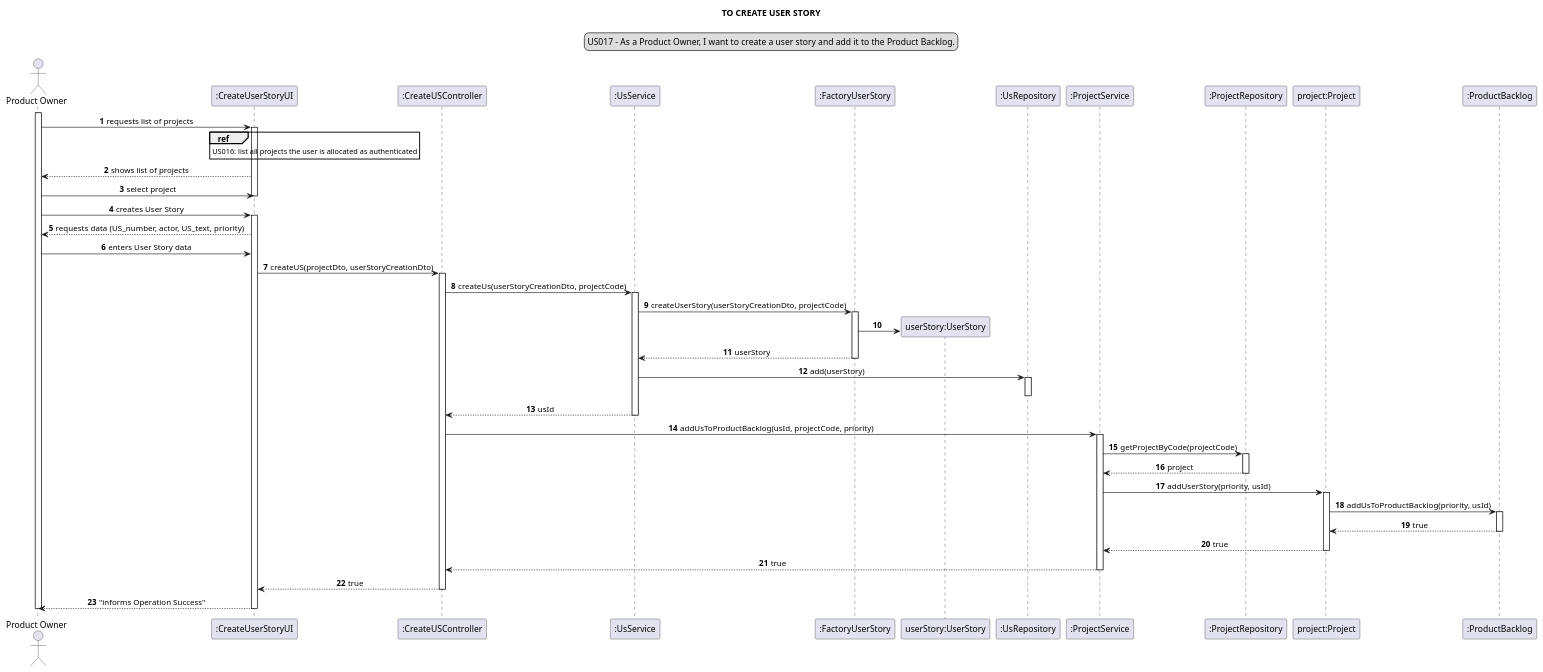
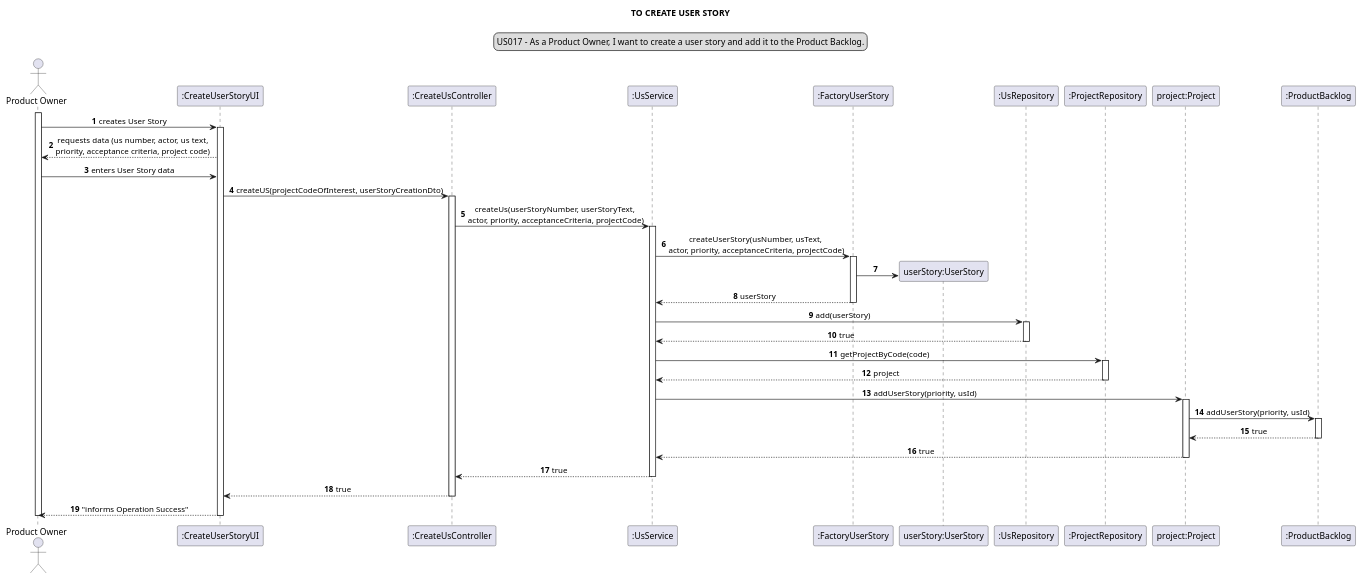
The diagram in docs/modelling_design/user_stories/sprint03/us017/US017_sequenceDiagram.puml (Loracline/project_switch_22-23), drawn with PlantUML before and after one commit. The commit also changed 1 other file, not shown here.

Commit message:
US017: Design: Updated sequence and class diagrams, closes #235

```diff
--- a/docs/modelling_design/user_stories/sprint03/us017/US017_sequenceDiagram.puml
+++ b/docs/modelling_design/user_stories/sprint03/us017/US017_sequenceDiagram.puml
@@ -1,72 +1,61 @@
 @startuml
 skinparam sequenceMessageAlign center
 title TO CREATE USER STORY
 legend top
 US017 - As a Product Owner, I want to create a user story and add it to the Product Backlog.
 end legend
 autonumber
 actor "Product Owner" as product
 participant ":CreateUserStoryUI" as ui
-participant ":CreateUSController" as controller
+participant ":CreateUsController" as controller
 participant ":UsService" as service
 participant ":FactoryUserStory" as factory
 participant "userStory:UserStory" as userStory
 participant ":UsRepository" as usrep
-participant ":ProjectService" as pservice
 participant ":ProjectRepository" as pr
 participant "project:Project" as project
 participant ":ProductBacklog" as pbacklog
 
 
 
 activate product
-product -> ui : requests list of projects
-activate ui
-ref over ui: US016: list all projects the user is allocated as authenticated
-ui --> product: shows list of projects
-product -> ui : select project
-deactivate ui
 product -> ui : creates User Story
 activate ui
-ui --> product: requests data (US_number, actor, US_text, priority)
+ui --> product: requests data (us number, actor, us text,\npriority, acceptance criteria, project code)
 product -> ui: enters User Story data
-ui -> controller: createUS(projectDto, userStoryCreationDto)
+ui -> controller: createUS(projectCodeOfInterest, userStoryCreationDto)
 activate controller
-controller -> service:createUs(userStoryCreationDto, projectCode)
+controller -> service:createUs(userStoryNumber, userStoryText, \nactor, priority, acceptanceCriteria, projectCode)
 activate service
 
-service -> factory: createUserStory(userStoryCreationDto, projectCode)
+service -> factory: createUserStory(usNumber, usText, \nactor, priority, acceptanceCriteria, projectCode)
 activate factory
 create userStory
 factory -> userStory
 factory --> service: userStory
 deactivate factory
 service -> usrep: add(userStory)
 activate usrep
+service <-- usrep: true
 deactivate usrep
-service --> controller: usId
-deactivate service
-controller -> pservice: addUsToProductBacklog(usId, projectCode, priority)
-activate pservice
-pservice -> pr: getProjectByCode(projectCode)
+
+service -> pr: getProjectByCode(code)
 activate pr
-pr --> pservice: project
+service <-- pr: project
 deactivate pr
-
-pservice -> project: addUserStory(priority, usId)
+service -> project: addUserStory(priority, usId)
 activate project
-project -> pbacklog : addUsToProductBacklog(priority, usId)
+project -> pbacklog : addUserStory(priority, usId)
 activate pbacklog
 pbacklog --> project : true
-deactivate
-project --> pservice: true
-deactivate
 deactivate pbacklog
-pservice --> controller : true
-deactivate pservice
+project --> service: true
+deactivate project
+service --> controller : true
+deactivate service
 controller --> ui: true
 deactivate controller
 ui --> product: "informs Operation Success"
 deactivate ui
 deactivate product
 @enduml
```
